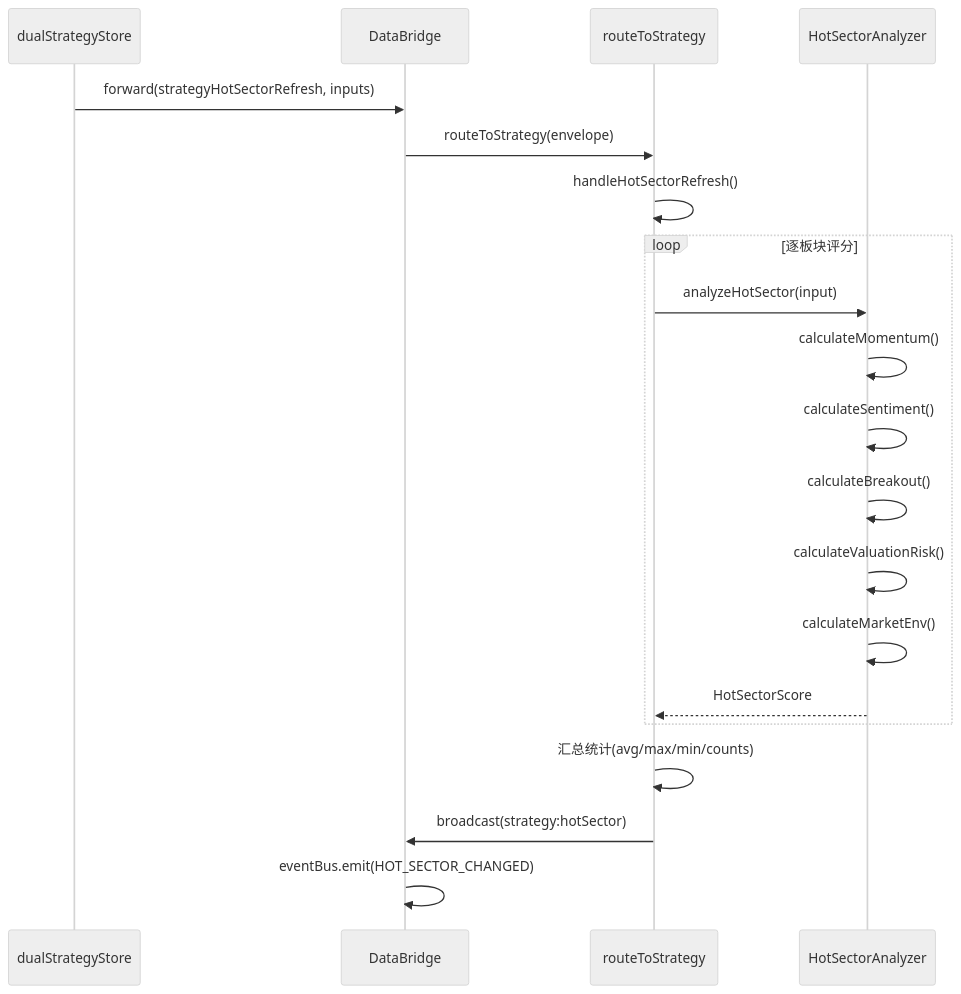
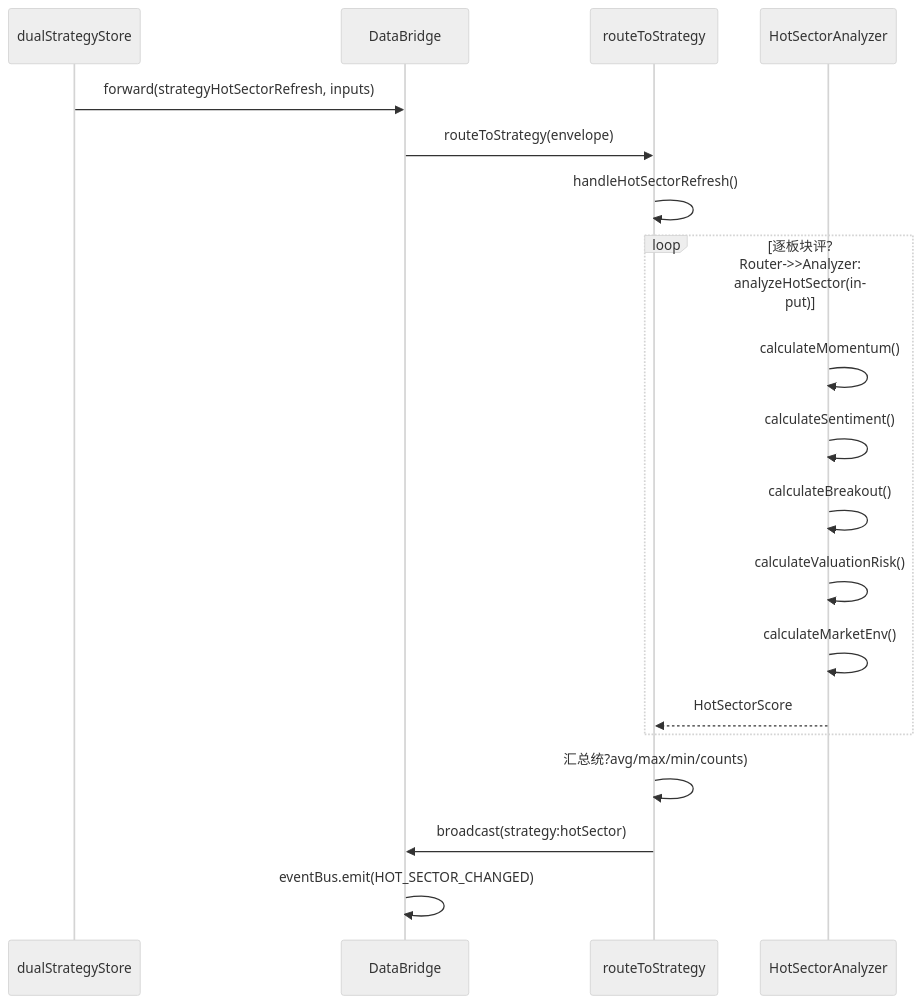
One commit to DHENGHONGYU/- changed the eighth of 19 diagrams in docs/explanation/design/databridge数据链路全景分析报告.md. Above: the diagram before and after it, drawn with Mermaid (neutral theme). The commit also changed other lines of this file and 1711 other files, not shown here.

````diff
--- a/docs/explanation/design/databridge数据链路全景分析报告.md
+++ b/docs/explanation/design/databridge数据链路全景分析报告.md
@@ -366,25 +346,24 @@
 ```mermaid
 sequenceDiagram
     participant Store as dualStrategyStore
     participant DataBridge as DataBridge
     participant Router as routeToStrategy
     participant Analyzer as HotSectorAnalyzer
     
     Store->>DataBridge: forward(strategyHotSectorRefresh, inputs)
     DataBridge->>Router: routeToStrategy(envelope)
     Router->>Router: handleHotSectorRefresh()
     
-    loop 逐板块评分
-        Router->>Analyzer: analyzeHotSector(input)
+    loop 逐板块评?        Router->>Analyzer: analyzeHotSector(input)
         Analyzer->>Analyzer: calculateMomentum()
         Analyzer->>Analyzer: calculateSentiment()
         Analyzer->>Analyzer: calculateBreakout()
         Analyzer->>Analyzer: calculateValuationRisk()
         Analyzer->>Analyzer: calculateMarketEnv()
         Analyzer-->>Router: HotSectorScore
     end
     
-    Router->>Router: 汇总统计(avg/max/min/counts)
+    Router->>Router: 汇总统?avg/max/min/counts)
     Router->>DataBridge: broadcast(strategy:hotSector)
     DataBridge->>DataBridge: eventBus.emit(HOT_SECTOR_CHANGED)
 ```
````
